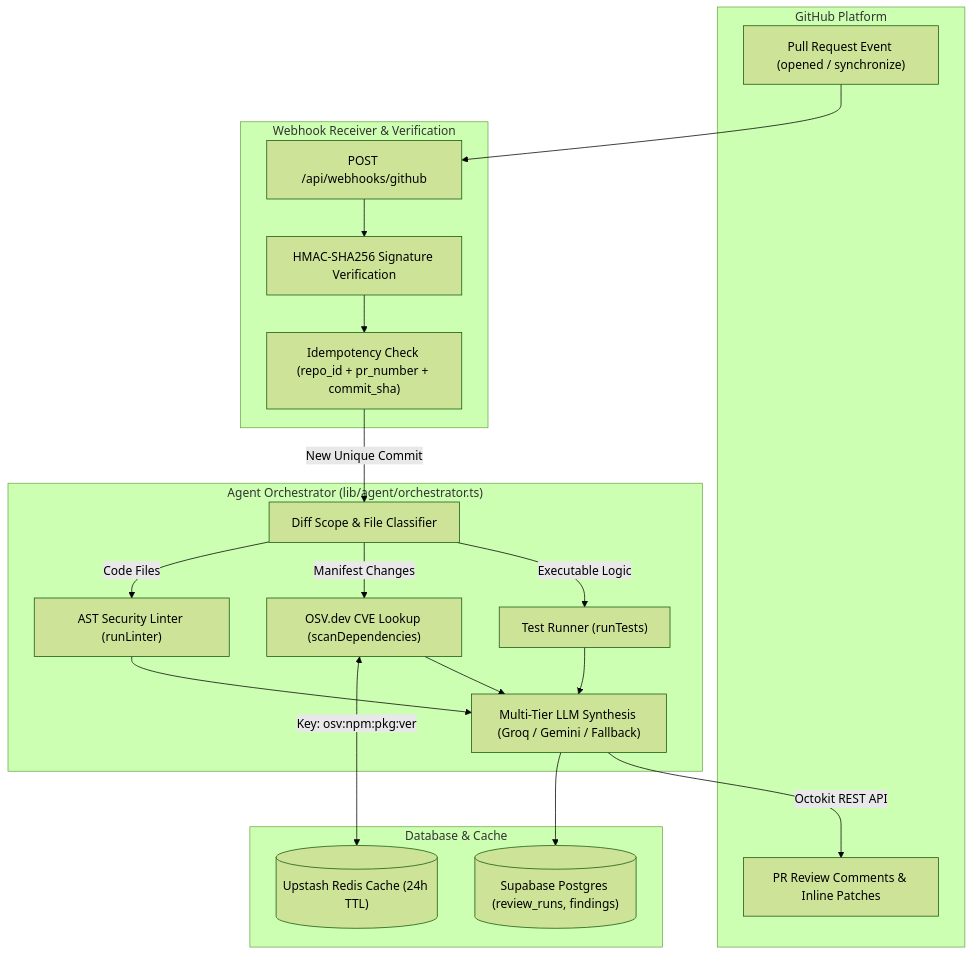
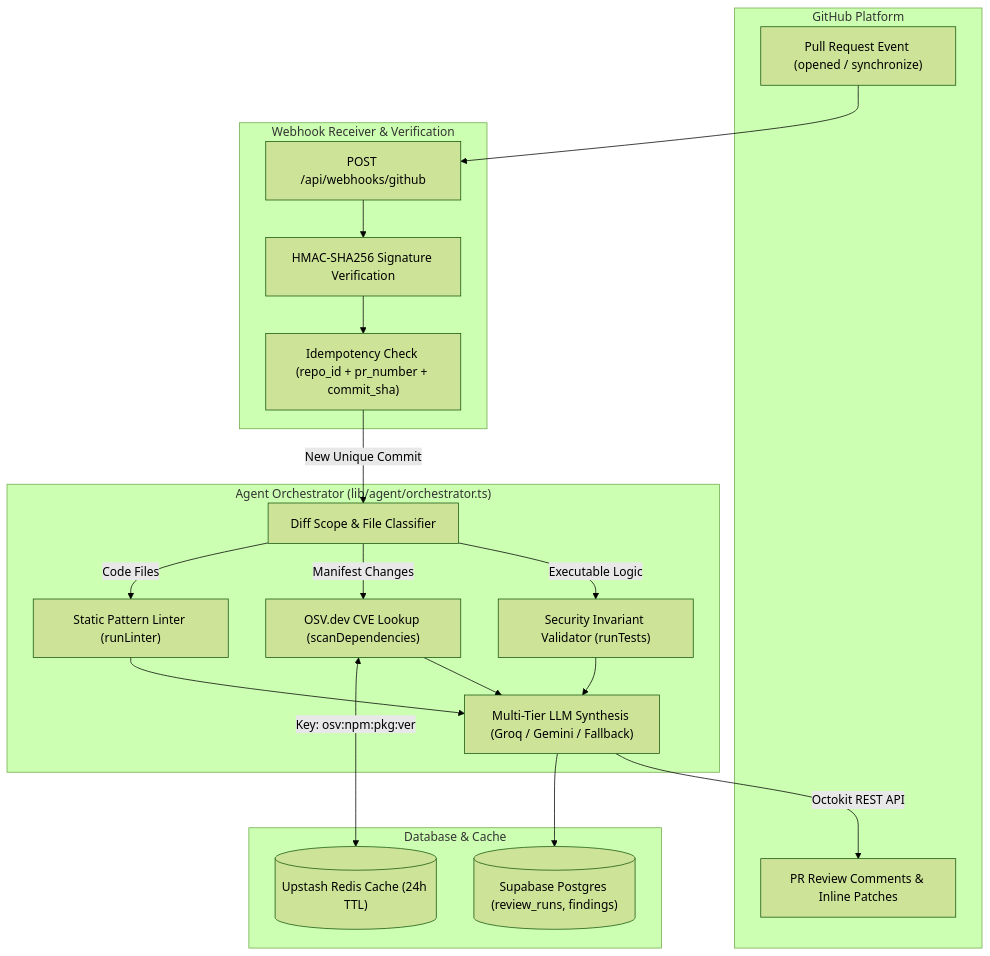
One commit to rajendrabist07/dev-guard-ai changed the first of 2 diagrams in README.md. Above: the diagram before and after it, drawn with Mermaid (forest theme). The commit also changed other lines of this file and 8 other files, not shown here.

Commit message:
fix(credibility): eliminate fabricated test metrics and document pattern-based static analysis (Sprint 7)

````diff
--- a/README.md
+++ b/README.md
@@ -18,40 +18,40 @@
 ```mermaid
 flowchart TD
     subgraph GitHub ["GitHub Platform"]
         PR["Pull Request Event (opened / synchronize)"]
         Review["PR Review Comments & Inline Patches"]
     end
 
     subgraph Ingestion ["Webhook Receiver & Verification"]
         WH["POST /api/webhooks/github"]
         Auth["HMAC-SHA256 Signature Verification"]
         Dedupe["Idempotency Check (repo_id + pr_number + commit_sha)"]
     end
 
     subgraph Orchestration ["Agent Orchestrator (lib/agent/orchestrator.ts)"]
         DiffFilter["Diff Scope & File Classifier"]
-        Linter["AST Security Linter (runLinter)"]
+        Linter["Static Pattern Linter (runLinter)"]
         Deps["OSV.dev CVE Lookup (scanDependencies)"]
-        Tests["Test Runner (runTests)"]
+        Tests["Security Invariant Validator (runTests)"]
         Synthesis["Multi-Tier LLM Synthesis (Groq / Gemini / Fallback)"]
     end
 
     subgraph Storage ["Database & Cache"]
         Redis[("Upstash Redis Cache (24h TTL)")]
         DB[("Supabase Postgres (review_runs, findings)")]
     end
 
     PR --> WH
     WH --> Auth
     Auth --> Dedupe
     Dedupe -->|New Unique Commit| DiffFilter
     DiffFilter -->|Code Files| Linter
     DiffFilter -->|Manifest Changes| Deps
     DiffFilter -->|Executable Logic| Tests
     Deps <-->|Key: osv:npm:pkg:ver| Redis
     Linter --> Synthesis
     Deps --> Synthesis
     Tests --> Synthesis
     Synthesis --> DB
     Synthesis -->|Octokit REST API| Review
 ```
````
